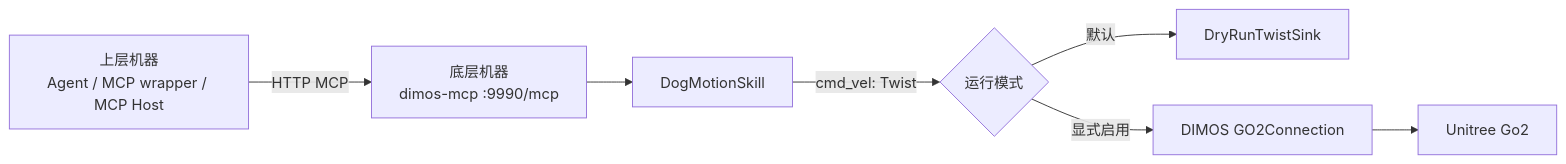
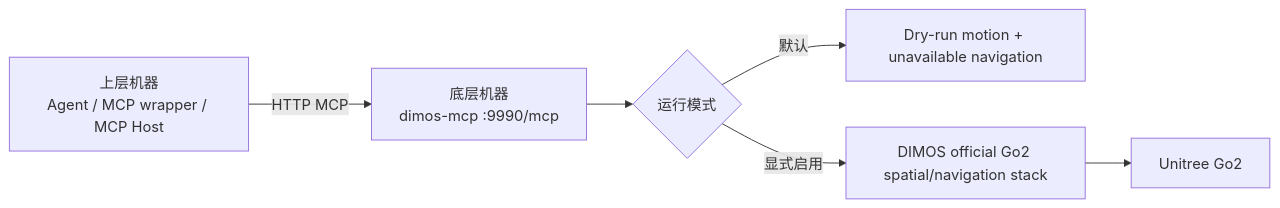
One commit to human-chocker-and-robot-dog/agent changed the diagram in components/dimos-mcp/README.md. Above: the diagram before and after it, drawn with Mermaid. The commit also changed other lines of this file and 25 other files, not shown here.

First line of the commit message:
Add DIMOS navigation, exploration and patrol

````diff
--- a/components/dimos-mcp/README.md
+++ b/components/dimos-mcp/README.md
@@ -5,9 +5,8 @@
 ```mermaid
 flowchart LR
     U["上层机器<br/>Agent / MCP wrapper / MCP Host"] -->|"HTTP MCP"| M["底层机器<br/>dimos-mcp :9990/mcp"]
-    M --> S["DogMotionSkill"]
-    S -->|"cmd_vel: Twist"| C{"运行模式"}
-    C -->|"默认"| D["DryRunTwistSink"]
-    C -->|"显式启用"| G["DIMOS GO2Connection"]
+    M --> C{"运行模式"}
+    C -->|"默认"| D["Dry-run motion + unavailable navigation"]
+    C -->|"显式启用"| G["DIMOS official Go2 spatial/navigation stack"]
     G --> R["Unitree Go2"]
 ```
````
